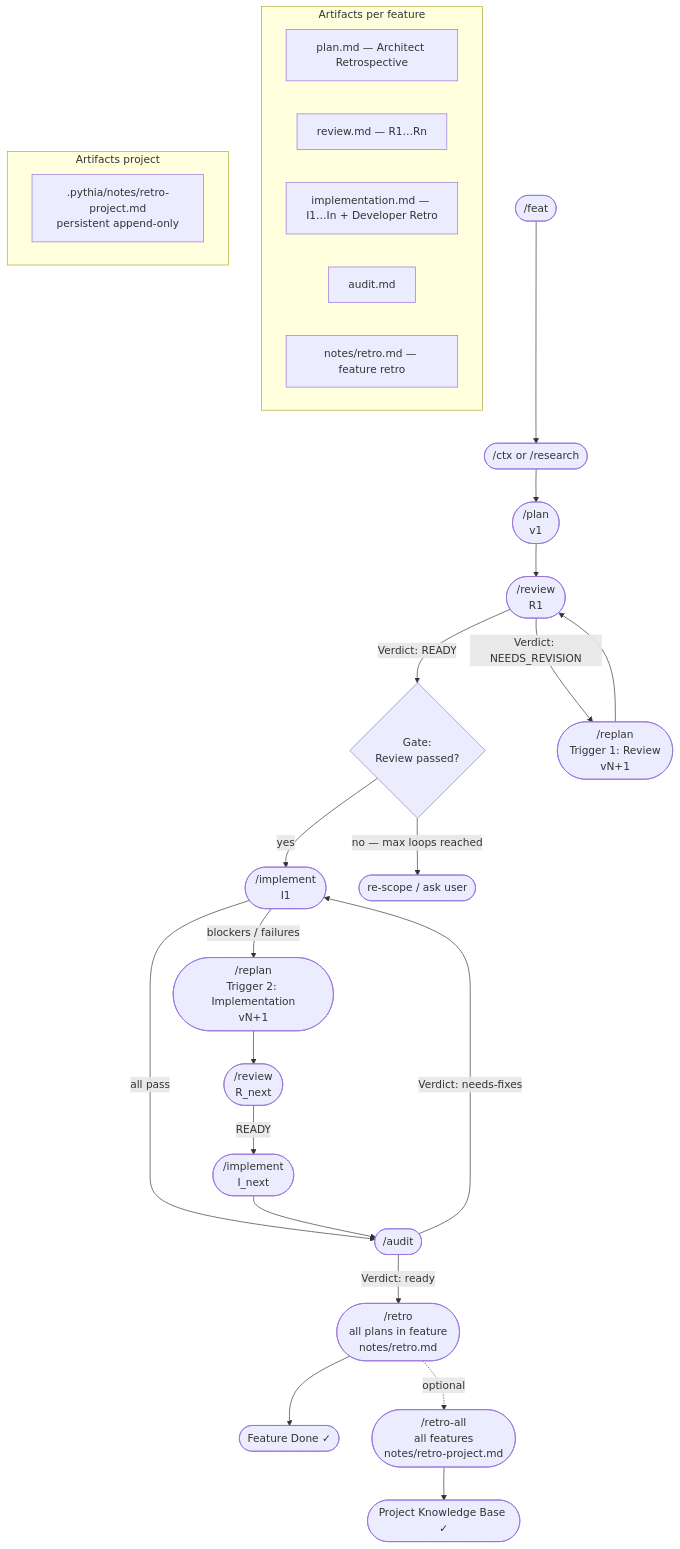
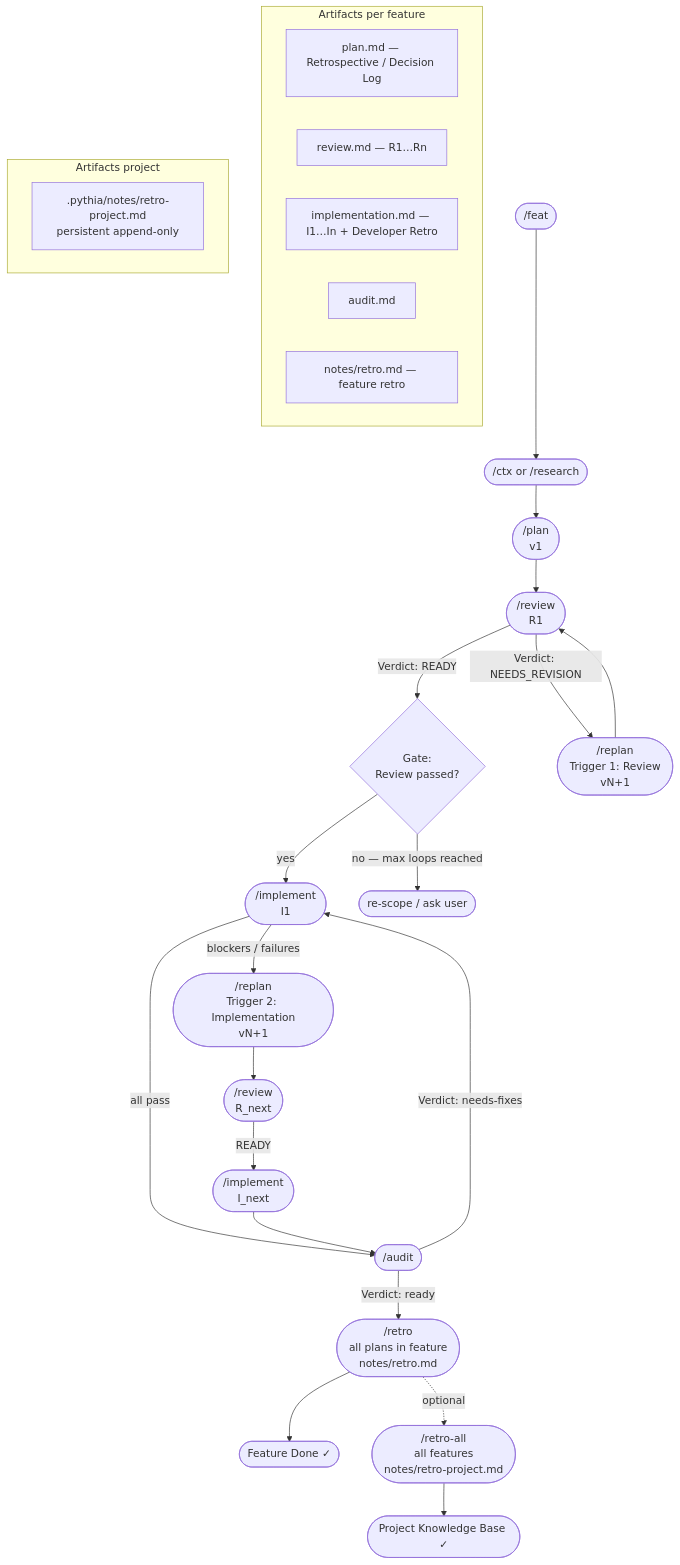
One commit to matochu/pythia changed the diagram in .claude/skills/workflow/SKILL.md. Above: the diagram before and after it, drawn with Mermaid. The commit also changed other lines of this file and 38 other files, not shown here.

````diff
--- a/.claude/skills/workflow/SKILL.md
+++ b/.claude/skills/workflow/SKILL.md
@@ -184,39 +185,39 @@
 ```mermaid
 flowchart TD
     A([/feat]) --> B([/ctx or /research])
     B --> C([/plan\nv1])
 
     C --> D([/review\nR1])
 
     D -->|Verdict: READY| E{Gate:\nReview passed?}
     D -->|Verdict: NEEDS_REVISION| F([/replan\nTrigger 1: Review\nvN+1])
     F --> D
 
     E -->|yes| G([/implement\nI1])
     E -->|no — max loops reached| Z([re-scope / ask user])
 
     G -->|all pass| H([/audit])
     G -->|blockers / failures| I([/replan\nTrigger 2: Implementation\nvN+1])
     I --> D2([/review\nR_next])
     D2 -->|READY| G2([/implement\nI_next])
     G2 --> H
 
     H -->|Verdict: ready| J([/retro\nall plans in feature\nnotes/retro.md])
     H -->|Verdict: needs-fixes| G
 
     J --> K([Feature Done ✓])
     J -.->|optional| L([/retro-all\nall features\nnotes/retro-project.md])
     L --> M([Project Knowledge Base ✓])
 
     subgraph Artifacts per feature
-        P1[plan.md — Architect Retrospective]
+        P1[plan.md — Retrospective / Decision Log]
         P2[review.md — R1…Rn]
         P3[implementation.md — I1…In + Developer Retro]
         P4[audit.md]
         P5[notes/retro.md — feature retro]
     end
 
     subgraph Artifacts project
         Q1[.pythia/notes/retro-project.md\npersistent append-only]
     end
 ```
````
